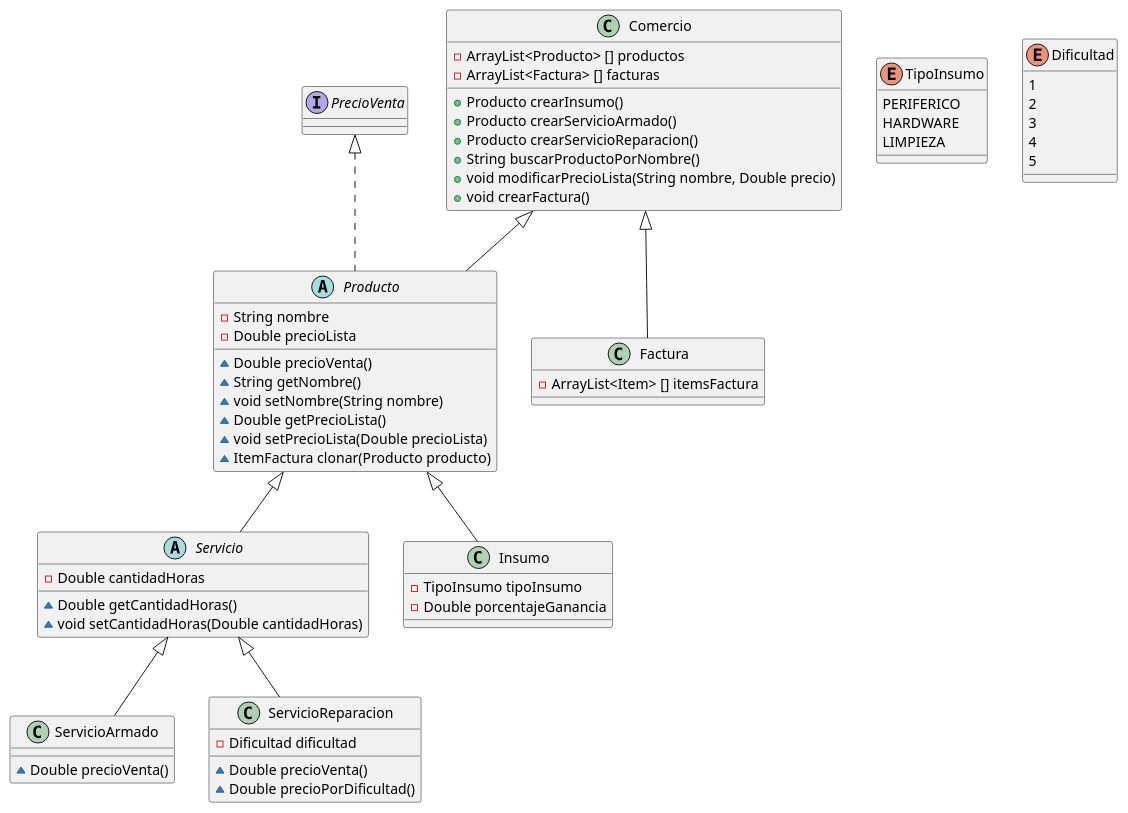
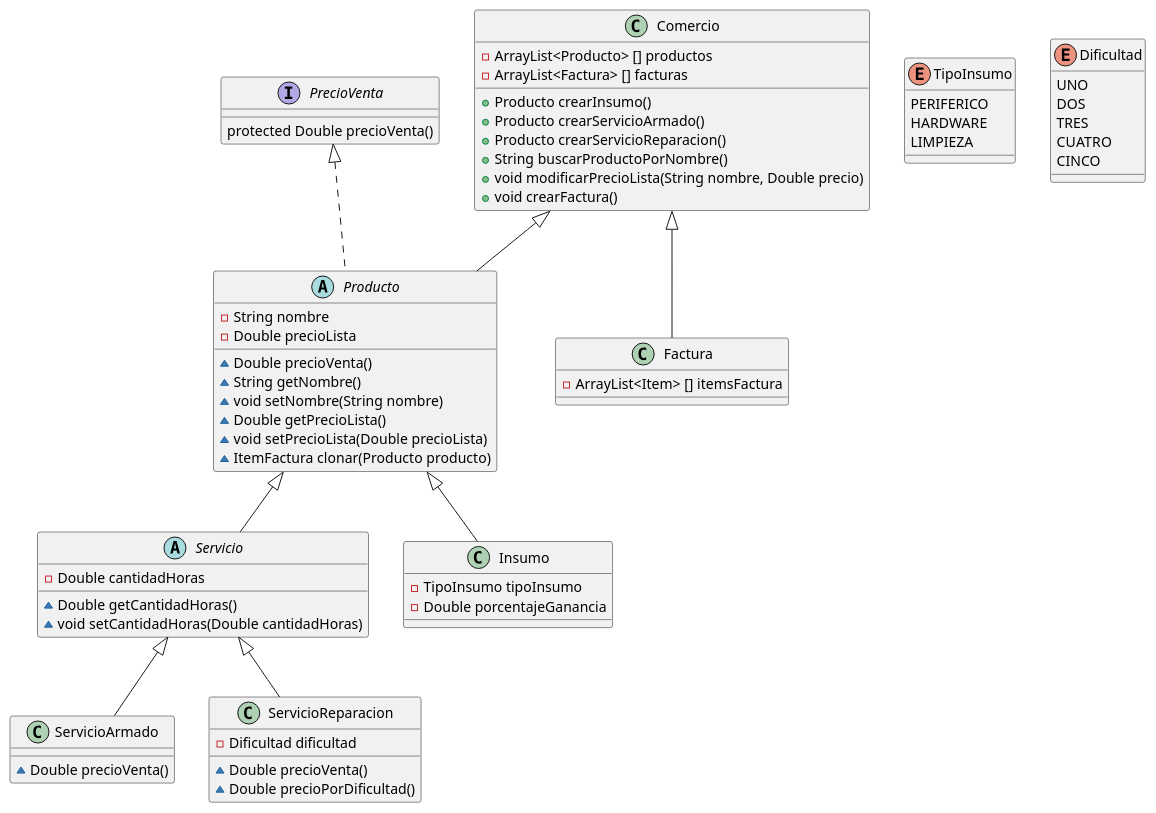
The diagram in src/ar/edu/davinci/doc/comercio-informatico-diagrama-analisi.puml (CarlosFerOrduna/Comercio_Informatico), drawn with PlantUML before and after one commit. The commit also changed 18 other files, not shown here.

```diff
--- a/src/ar/edu/davinci/doc/comercio-informatico-diagrama-analisi.puml
+++ b/src/ar/edu/davinci/doc/comercio-informatico-diagrama-analisi.puml
@@ -1,97 +1,99 @@
 @startuml
 
 
 class Comercio{
 
 	- ArrayList<Producto> [] productos
 	- ArrayList<Factura> [] facturas
 	
 	+ Producto crearInsumo()
 	+ Producto crearServicioArmado()
 	+ Producto crearServicioReparacion()
 	+ String buscarProductoPorNombre()
 	+ void modificarPrecioLista(String nombre, Double precio)
 	+ void crearFactura()
 
 }
 
 abstract class Producto{
 	- String nombre
 	- Double precioLista
 	
 	~ Double precioVenta()
 	~ String getNombre()
 	~ void setNombre(String nombre)
 	~ Double getPrecioLista()
 	~ void setPrecioLista(Double precioLista)
 	~ ItemFactura clonar(Producto producto)
 }
 
 abstract class Servicio{
 	
 	- Double cantidadHoras
 	
 	~ Double getCantidadHoras()
 	~ void setCantidadHoras(Double cantidadHoras)
 }
 
 class ServicioArmado{
 
 	~ Double precioVenta()
 }
 
 class ServicioReparacion{
 
 	- Dificultad dificultad
 	~ Double precioVenta()	
 	~ Double precioPorDificultad()
 }
 
 class Insumo{
 
 	- TipoInsumo tipoInsumo 
 	- Double porcentajeGanancia
 }
 
 Interface PrecioVenta{
+
+protected Double precioVenta()
 	
 }
 
 enum TipoInsumo{
 	PERIFERICO
 	HARDWARE
 	LIMPIEZA
 }
 
 enum Dificultad{
 
-	1
-	2
-	3
-	4
-	5
+	UNO
+	DOS
+	TRES
+	CUATRO
+	CINCO
 }
 
 
 class Factura{
 
 	- ArrayList<Item> [] itemsFactura
 }
 
 Comercio <|-- Producto
 
 Comercio <|-- Factura
 
 PrecioVenta <|.. Producto
 
 Producto <|-- Insumo
 
 Producto <|-- Servicio
 
 Servicio <|-- ServicioArmado
 
 Servicio <|-- ServicioReparacion
 
 
 
 @enduml
```
